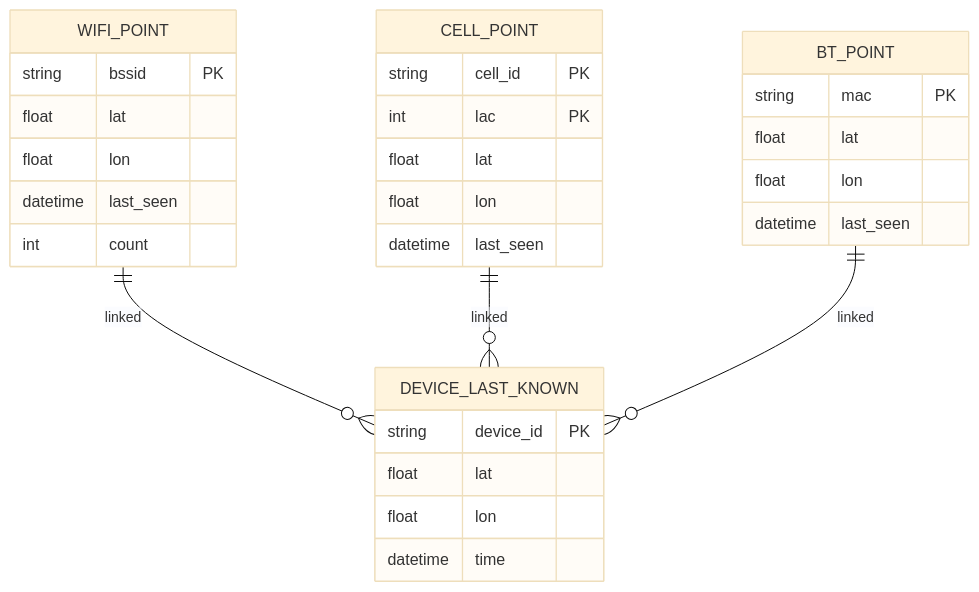
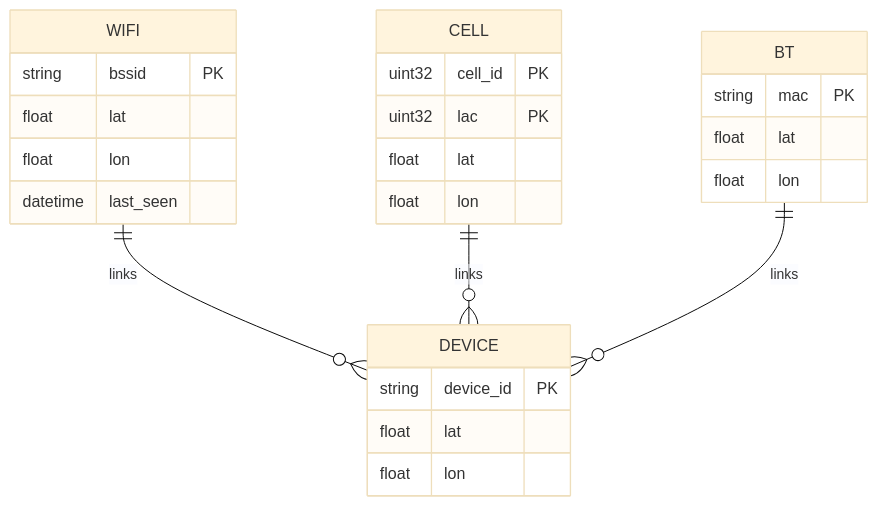
Before and after one commit to hzname/coordinate-validator: the fourth of 6 diagrams in docs/architecture.md, drawn with Mermaid (base theme). The commit also changed other lines of this file, not shown here.

Commit message:
Fix Mermaid diagram syntax errors in architecture docs

````diff
--- a/docs/architecture.md
+++ b/docs/architecture.md
@@ -120,36 +125,32 @@
 ```mermaid
 erDiagram
-    WIFI_POINT ||--o{ DEVICE_LAST_KNOWN : "linked"
-    CELL_POINT ||--o{ DEVICE_LAST_KNOWN : "linked"
-    BT_POINT ||--o{ DEVICE_LAST_KNOWN : "linked"
+    WIFI ||--o{ DEVICE : "links"
+    CELL ||--o{ DEVICE : "links"
+    BT ||--o{ DEVICE : "links"
     
-    WIFI_POINT {
+    WIFI {
         string bssid PK
-        float lat
-        float lon
-        datetime last_seen
-        int count
-    }
-    
-    CELL_POINT {
-        string cell_id PK
-        int lac PK
         float lat
         float lon
         datetime last_seen
     }
     
-    BT_POINT {
+    CELL {
+        uint32 cell_id PK
+        uint32 lac PK
+        float lat
+        float lon
+    }
+    
+    BT {
         string mac PK
         float lat
         float lon
-        datetime last_seen
     }
     
-    DEVICE_LAST_KNOWN {
+    DEVICE {
         string device_id PK
         float lat
         float lon
-        datetime time
     }
 ```
````
